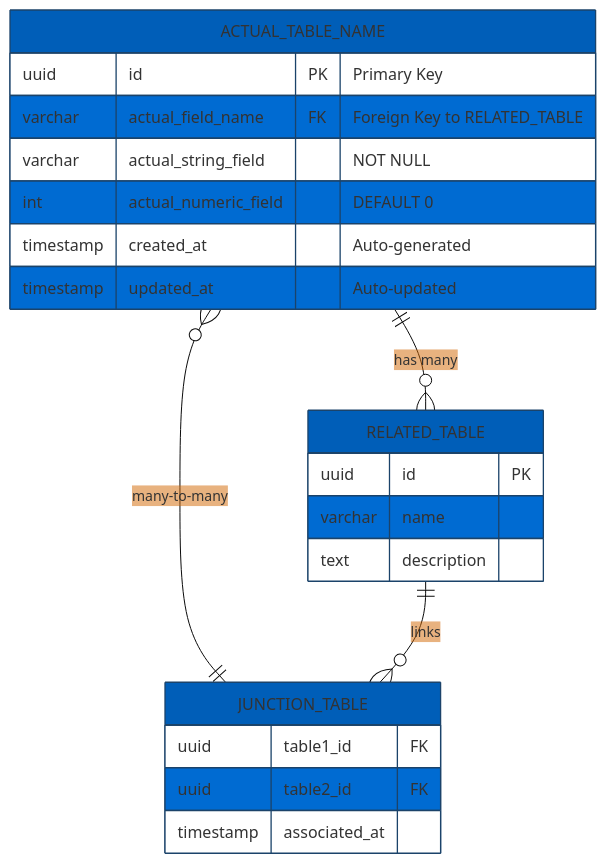
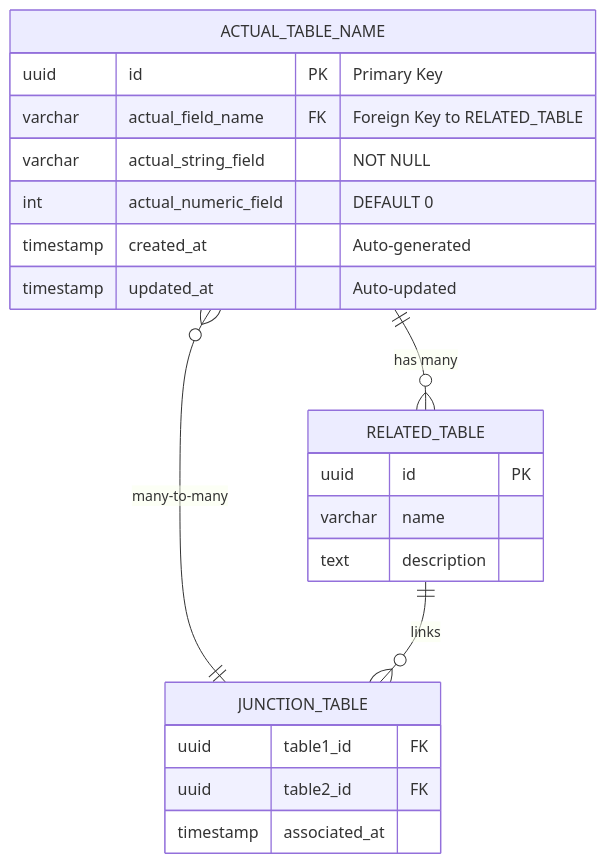
The sixth of 7 diagrams in .github/agents/document_metlife_format_project.agent.md (andresveraf/Prompts_collection), drawn with Mermaid before and after one commit. The commit also changed other lines of this file and 12 other files, not shown here.

````diff
--- a/.github/agents/document_metlife_format_project.agent.md
+++ b/.github/agents/document_metlife_format_project.agent.md
@@ -437,36 +744,36 @@
 ```mermaid
-%%{init: {'theme':'base', 'themeVariables': {'primaryColor':'#005EB8'}}}%%
 erDiagram
+    %% NO %%{init:...}%% directive - use global mermaid.initialize() instead
     %% MetLife Standard: Based on actual models/schema files found
     %% Include actual field names, types, and constraints
     
     ACTUAL_TABLE_NAME {
         uuid id PK "Primary Key"
         varchar actual_field_name FK "Foreign Key to RELATED_TABLE"
         varchar actual_string_field "NOT NULL"
         int actual_numeric_field "DEFAULT 0"
         timestamp created_at "Auto-generated"
         timestamp updated_at "Auto-updated"
     }
     
     RELATED_TABLE {
         uuid id PK
         varchar name
         text description
     }
     
     JUNCTION_TABLE {
         uuid table1_id FK
         uuid table2_id FK
         timestamp associated_at
     }
     
     ACTUAL_TABLE_NAME ||--o{ RELATED_TABLE : "has many"
     ACTUAL_TABLE_NAME }o--|| JUNCTION_TABLE : "many-to-many"
     RELATED_TABLE ||--o{ JUNCTION_TABLE : "links"
     
     %% Cardinality Legend:
     %% ||--||  one-to-one
     %% ||--o{  one-to-many
     %% }o--o{  many-to-many
 ```
````
